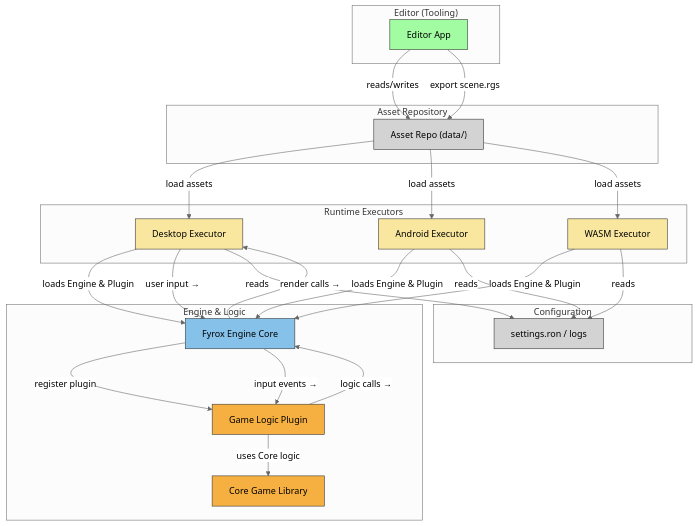
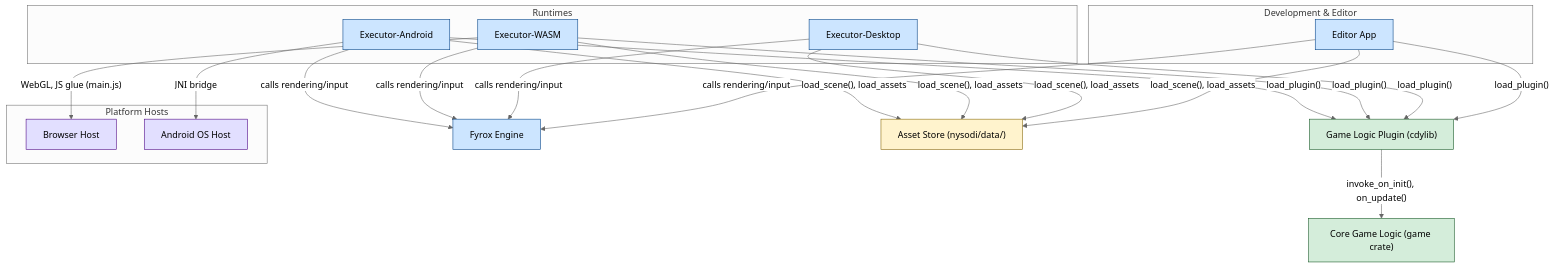
One commit to davide-perli/Nysodi changed the third of 3 diagrams in README.md. Above: the diagram before and after it, drawn with Mermaid (neutral theme).

````diff
--- a/README.md
+++ b/README.md
@@ -172,72 +172,55 @@
 ```mermaid
-flowchart TB
-    %% Tooling Layer
-    subgraph "Editor (Tooling)"
-        Editor["Editor App"]:::tool
+flowchart TD
+    subgraph "Development & Editor"
+        EditorApp["Editor App"]:::engine
     end
 
-    %% Asset Repository
-    subgraph "Asset Repository"
-        Data["Asset Repo (data/)"]:::asset
+    subgraph "Runtimes"
+        ExecutorDesktop["Executor-Desktop"]:::engine
+        ExecutorWASM["Executor-WASM"]:::engine
+        ExecutorAndroid["Executor-Android"]:::engine
     end
 
-    %% Runtime Executors
-    subgraph "Runtime Executors"
-        Desktop["Desktop Executor"]:::runtime
-        Android["Android Executor"]:::runtime
-        WASM["WASM Executor"]:::runtime
+    FyroxEngine["Fyrox Engine"]:::engine
+    AssetStore["Asset Store (nysodi/data/)"]:::assets
+    GameLogicPlugin["Game Logic Plugin (cdylib)"]:::game
+    CoreGame["Core Game Logic (game crate)"]:::game
+
+    subgraph "Platform Hosts"
+        Browser["Browser Host"]:::platform
+        AndroidOS["Android OS Host"]:::platform
     end
 
-    %% Engine and Logic
-    subgraph "Engine & Logic"
-        Engine["Fyrox Engine Core"]:::engine
-        Plugin["Game Logic Plugin"]:::plugin
-        Core["Core Game Library"]:::plugin
-    end
+    EditorApp -->|"calls rendering/input"| FyroxEngine
+    ExecutorDesktop -->|"calls rendering/input"| FyroxEngine
+    ExecutorWASM -->|"calls rendering/input"| FyroxEngine
+    ExecutorAndroid -->|"calls rendering/input"| FyroxEngine
 
-    %% Configuration
-    subgraph "Configuration"
-        Config["settings.ron / logs"]:::asset
-    end
+    EditorApp -->|"load_scene(), load_assets"| AssetStore
+    ExecutorDesktop -->|"load_scene(), load_assets"| AssetStore
+    ExecutorWASM -->|"load_scene(), load_assets"| AssetStore
+    ExecutorAndroid -->|"load_scene(), load_assets"| AssetStore
 
-    %% Data Flows
-    Editor -->|"reads/writes"| Data
-    Editor -->|"export scene.rgs"| Data
+    EditorApp -->|"load_plugin()"| GameLogicPlugin
+    ExecutorDesktop -->|"load_plugin()"| GameLogicPlugin
+    ExecutorWASM -->|"load_plugin()"| GameLogicPlugin
+    ExecutorAndroid -->|"load_plugin()"| GameLogicPlugin
 
-    Data -->|"load assets"| Desktop
-    Data -->|"load assets"| Android
-    Data -->|"load assets"| WASM
+    GameLogicPlugin -->|"invoke_on_init(), on_update()"| CoreGame
 
-    Desktop -->|"loads Engine & Plugin"| Engine
-    Android -->|"loads Engine & Plugin"| Engine
-    WASM -->|"loads Engine & Plugin"| Engine
+    ExecutorWASM -->|"WebGL, JS glue (main.js)"| Browser
+    ExecutorAndroid -->|"JNI bridge"| AndroidOS
 
-    Engine -->|"register plugin"| Plugin
-    Plugin -->|"uses Core logic"| Core
+    click EditorApp "https://github.com/davide-perli/nysodi/tree/main/nysodi/editor/"
+    click ExecutorDesktop "https://github.com/davide-perli/nysodi/tree/main/nysodi/executor/"
+    click ExecutorWASM "https://github.com/davide-perli/nysodi/tree/main/nysodi/executor-wasm/"
+    click ExecutorAndroid "https://github.com/davide-perli/nysodi/tree/main/nysodi/executor-android/"
+    click GameLogicPlugin "https://github.com/davide-perli/nysodi/tree/main/nysodi/game-dylib/"
+    click CoreGame "https://github.com/davide-perli/nysodi/tree/main/nysodi/game/"
+    click AssetStore "https://github.com/davide-perli/nysodi/tree/main/nysodi/data/"
 
-    Desktop -->|"user input →"| Engine
-    Engine -->|"input events →"| Plugin
-    Plugin -->|"logic calls →"| Engine
-    Engine -->|"render calls →"| Desktop
-
-    Desktop -->|"reads"| Config
-    Android -->|"reads"| Config
-    WASM -->|"reads"| Config
-
-    %% Click Events
-    click Editor "https://github.com/davide-perli/nysodi/blob/main/nysodi/editor/src/main.rs"
-    click Core "https://github.com/davide-perli/nysodi/blob/main/nysodi/game/src/lib.rs"
-    click Plugin "https://github.com/davide-perli/nysodi/blob/main/nysodi/game-dylib/src/lib.rs"
-    click Desktop "https://github.com/davide-perli/nysodi/blob/main/nysodi/executor/src/main.rs"
-    click Android "https://github.com/davide-perli/nysodi/blob/main/nysodi/executor-android/src/lib.rs"
-    click WASM "https://github.com/davide-perli/nysodi/blob/main/nysodi/executor-wasm/src/lib.rs"
-    click Data "https://github.com/davide-perli/nysodi/tree/main/nysodi/data/"
-    click Config "https://github.com/davide-perli/nysodi/blob/main/nysodi/settings.ron"
-
-    %% Styles
-    classDef tool fill:#a2fca2,stroke:#333,stroke-width:1px
-    classDef asset fill:#d3d3d3,stroke:#333,stroke-width:1px
-    classDef runtime fill:#f9e79f,stroke:#333,stroke-width:1px
-    classDef engine fill:#85c1e9,stroke:#333,stroke-width:1px
-    classDef plugin fill:#f5b041,stroke:#333,stroke-width:1px
+    classDef engine fill:#cce5ff,stroke:#004085
+    classDef game fill:#d4edda,stroke:#155724
+    classDef assets fill:#fff3cd,stroke:#856404
+    classDef platform fill:#e2dfff,stroke:#4b0082
 ```
````
